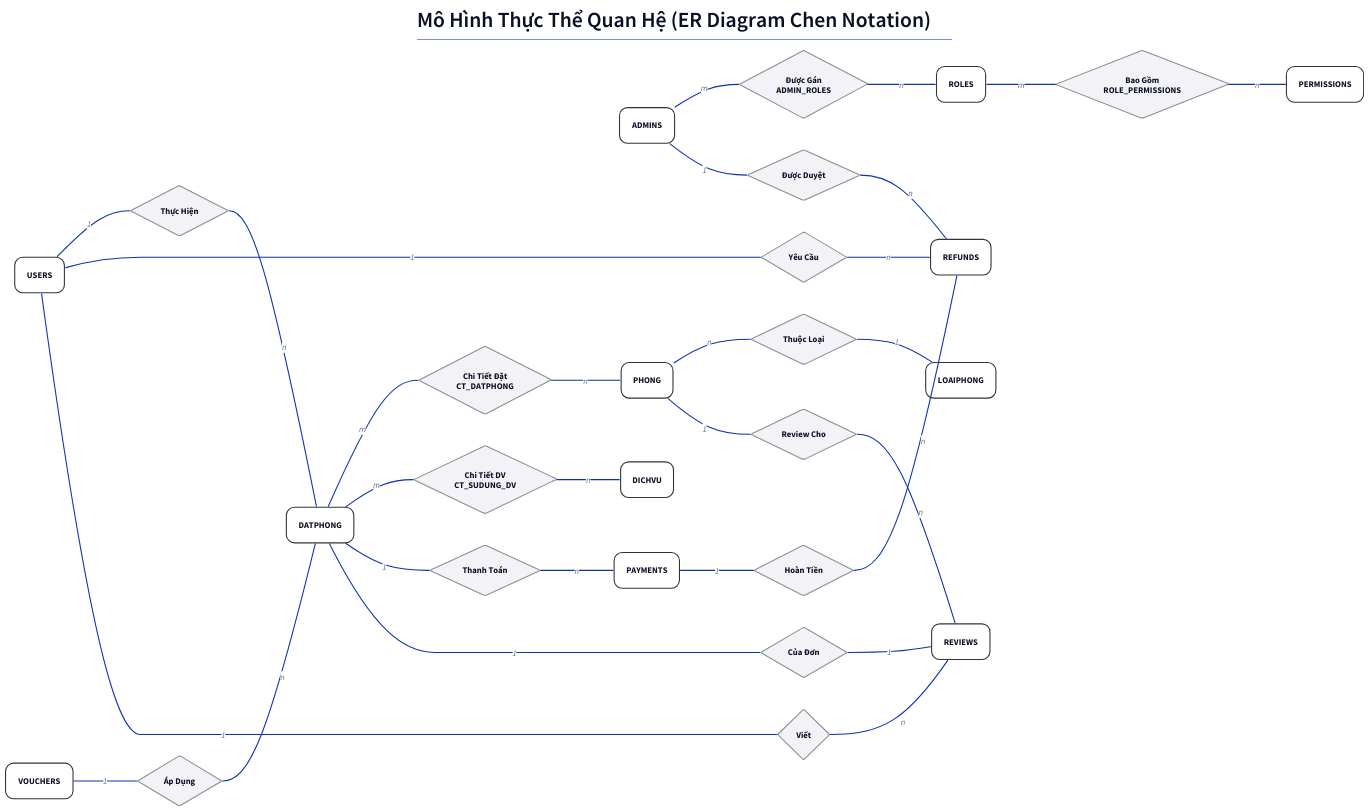
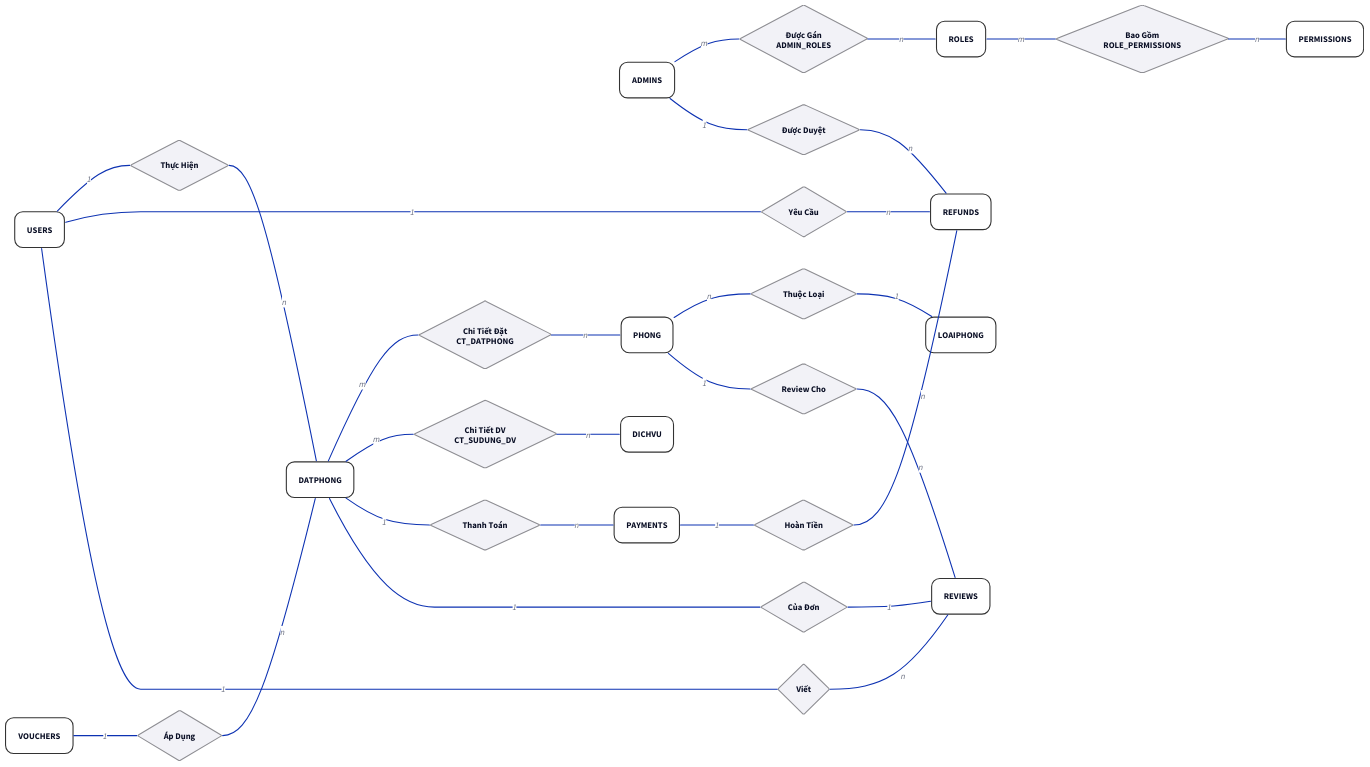
One commit to sam-uit/ie103-project-report changed the diagram in report/content/diagrams/er.d2. Above: the diagram before and after it, drawn with D2.

Commit message:
Không cần Title cho er nữa.

```diff
--- a/report/content/diagrams/er.d2
+++ b/report/content/diagrams/er.d2
@@ -1,167 +1,167 @@
 # Template: D2
 # Author: Sam Dinh
 # Mục đích: Tạo ER Diagram Chen Notation.
 # Trang nguồn: https://d2lang.com/
 # VSCode extension: Terrastruct.d2
 
 direction: right
 
 # Tiêu đề: căn góc trên-giữa
-title: |md
-  # Mô Hình Thực Thể Quan Hệ (ER Diagram Chen Notation)
-| {near: top-center}
+# title: |md
+#   # Mô Hình Thực Thể Quan Hệ (ER Diagram Chen Notation)
+# | {near: top-center}
 
-title.style: {
-  font-size: 20
-  # font: "mono"
-}
+# title.style: {
+# font-size: 20
+# font: "mono"
+# }
 
 # --- 0. STYLES ---
 style: {
   font: "mono"
   opacity: 0.0
   # fill: "#dcdcdc"
   # stroke: "orange"
   # stroke-width: 5
 }
 
 # --- 1. CSS STYLES (THEME) ---
 classes: {
   # Thực thể: Chữ nhật bo góc Apple style
   entity: {
     shape: rectangle
     style: {
       border-radius: 15
       stroke-width: 2
       fill: "#FFFFFF"
       stroke: "#333333"
     }
   }
 
   # Quan hệ (Relationship): Hình thoi
   rel: {
     shape: diamond
     style: {
       fill: "#F2F2F7"
       stroke: "#8E8E93"
       stroke-width: 2
     }
   }
 
   # Thuộc tính: Oval (chưa dùng nhiều để tránh rối)
   attr: {
     shape: oval
     width: 60
     height: 40
     style: {
       fill: "#F0F8FF"
       stroke: "#0d95de"
       stroke-width: 1
       font-size: 12
     }
   }
 }
 
 # --- 2. ENTITIES (THỰC THỂ) ---
 # Dựa trên init_tables.sql và tài liệu mô tả
 
 ADMINS: {class: entity; label: "ADMINS"}
 ROLES: {class: entity; label: "ROLES"}
 PERMISSIONS: {class: entity; label: "PERMISSIONS"}
 
 USERS: {class: entity; label: "USERS"}
 VOUCHERS: {class: entity; label: "VOUCHERS"}
 
 DATPHONG: {class: entity; label: "DATPHONG"}
 LOAIPHONG: {class: entity; label: "LOAIPHONG"}
 PHONG: {class: entity; label: "PHONG"}
 DICHVU: {class: entity; label: "DICHVU"}
 
 PAYMENTS: {class: entity; label: "PAYMENTS"}
 REFUNDS: {class: entity; label: "REFUNDS"}
 REVIEWS: {class: entity; label: "REVIEWS"}
 
 # --- 3. RELATIONSHIPS (MỐI QUAN HỆ) ---
 # Phân biệt rõ đâu là quan hệ. 
 # Các bảng trung gian N-N trong SQL được coi là Quan Hệ trong ERD.
 
 # Quan hệ N-N (Từ bảng trung gian)
 ADMIN_ROLES: {class: rel; label: "Được Gán\nADMIN_ROLES"}
 ROLE_PERMISSIONS: {class: rel; label: "Bao Gồm\nROLE_PERMISSIONS"}
 CT_DATPHONG: {class: rel; label: "Chi Tiết Đặt\nCT_DATPHONG"}
 CT_SUDUNG_DV: {class: rel; label: "Chi Tiết DV\nCT_SUDUNG_DV"}
 
 # Quan hệ 1-N / 1-1 (Logical)
 thuc_hien: {class: rel; label: "Thực Hiện"}
 thuoc_loai: {class: rel; label: "Thuộc Loại"}
 ap_dung: {class: rel; label: "Áp Dụng"}
 thanh_toan: {class: rel; label: "Thanh Toán"}
 hoan_tien: {class: rel; label: "Hoàn Tiền"}
 yeu_cau: {class: rel; label: "Yêu Cầu"}
 duoc_duyet: {class: rel; label: "Được Duyệt"}
 tao_review: {class: rel; label: "Viết"}
 review_cho: {class: rel; label: "Review Cho"}
 review_cua: {class: rel; label: "Của Đơn"}
 
 # --- 4. CONNECTIONS (CARDINALITY) ---
 
 # --- Nhóm User & Authorization ---
 # N-N: Admin - Roles
 ADMINS -- ADMIN_ROLES: m
 ADMIN_ROLES -- ROLES: n
 
 # N-N: Roles - Permissions
 ROLES -- ROLE_PERMISSIONS: m
 ROLE_PERMISSIONS -- PERMISSIONS: n
 
 # --- Nhóm Booking & Room ---
 # 1-N: User - DatPhong
 USERS -- thuc_hien: 1
 thuc_hien -- DATPHONG: n
 
 # N-N: DatPhong - Phong (thông qua CT_DATPHONG)
 DATPHONG -- CT_DATPHONG: m
 CT_DATPHONG -- PHONG: n
 
 # 1-N: LoaiPhong - Phong
 PHONG -- thuoc_loai: n
 thuoc_loai -- LOAIPHONG: 1
 
 # 1-N: Voucher - DatPhong
 VOUCHERS -- ap_dung: 1
 ap_dung -- DATPHONG: n
 
 # N-N: DatPhong - DichVu (thông qua CT_SUDUNG_DV)
 DATPHONG -- CT_SUDUNG_DV: m
 CT_SUDUNG_DV -- DICHVU: n
 
 # --- Nhóm Payment & Refund ---
 # 1-N: DatPhong - Payments (Một đơn có thể có nhiều giao dịch?)
 # SQL: Payment references Booking.
 DATPHONG -- thanh_toan: 1
 thanh_toan -- PAYMENTS: n
 
 # 1-N: Payments - Refunds
 PAYMENTS -- hoan_tien: 1
 hoan_tien -- REFUNDS: n
 
 # User & Admin liên quan đến Refund
 USERS -- yeu_cau: 1
 yeu_cau -- REFUNDS: n
 ADMINS -- duoc_duyet: 1
 duoc_duyet -- REFUNDS: n
 
 # --- Nhóm Review ---
 # SQL: Reviews references User, Phong, DatPhong (Unique)
 
 # 1-N: User - Reviews
 USERS -- tao_review: 1
 tao_review -- REVIEWS: n
 
 # 1-N: Phong - Reviews
 PHONG -- review_cho: 1
 review_cho -- REVIEWS: n
 
 # 1-1: DatPhong - Reviews (Mỗi đơn 1 review)
 DATPHONG -- review_cua: 1
 review_cua -- REVIEWS: 1
```
